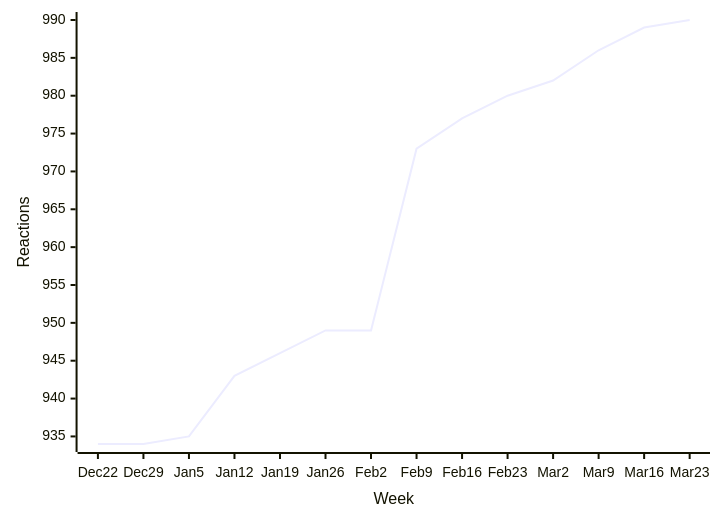
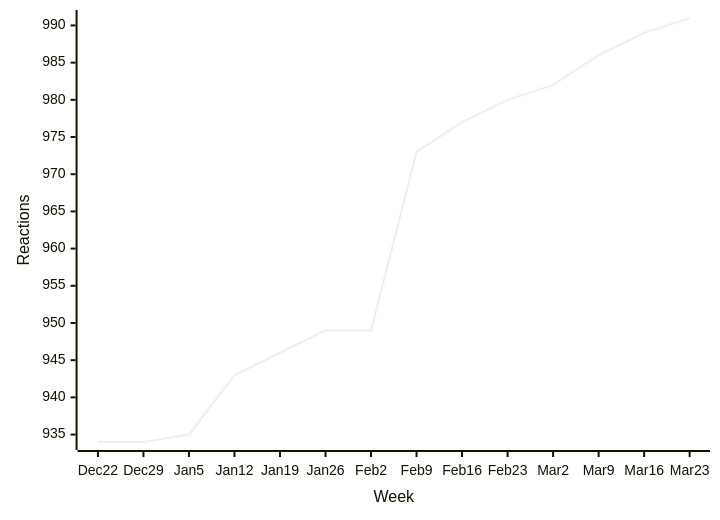
The first of 59 diagrams in README.md (loic-sharma/github-insights), drawn with Mermaid before and after one commit. The commit also changed other lines of this file and 2 other files, not shown here.

````diff
--- a/README.md
+++ b/README.md
@@ -339,6 +339,6 @@
   ```mermaid
   xychart-beta
     x-axis "Week" [Dec 22, Dec 29, Jan 5, Jan 12, Jan 19, Jan 26, Feb 2, Feb 9, Feb 16, Feb 23, Mar 2, Mar 9, Mar 16, Mar 23]
     y-axis "Reactions"
-    line [934, 934, 935, 943, 946, 949, 949, 973, 977, 980, 982, 986, 989, 990]
+    line [934, 934, 935, 943, 946, 949, 949, 973, 977, 980, 982, 986, 989, 991]
   ```
````
